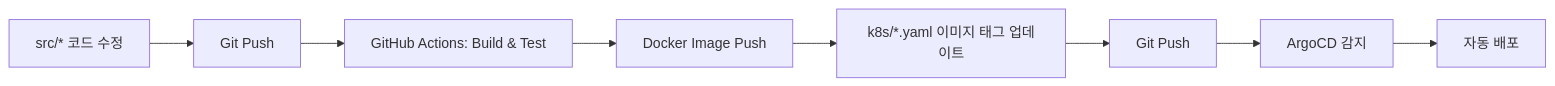
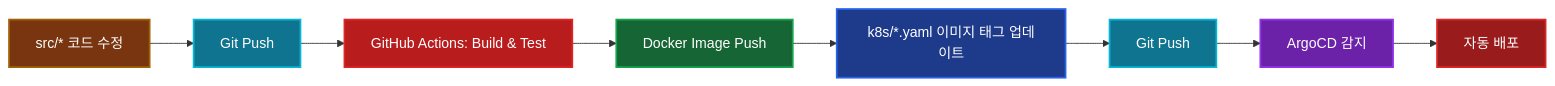
One commit to SeSACTHON/backend changed the fourth of 4 diagrams in docs/deployment/GITOPS_ARCHITECTURE.md. Above: the diagram before and after it, drawn with Mermaid. The commit also changed other lines of this file and 24 other files, not shown here.

````diff
--- a/docs/deployment/GITOPS_ARCHITECTURE.md
+++ b/docs/deployment/GITOPS_ARCHITECTURE.md
@@ -201,10 +417,19 @@
 ```mermaid
 graph LR
     A[src/* 코드 수정] --> B[Git Push]
     B --> C[GitHub Actions: Build & Test]
     C --> D[Docker Image Push]
     D --> E[k8s/*.yaml 이미지 태그 업데이트]
     E --> F[Git Push]
     F --> G[ArgoCD 감지]
     G --> H[자동 배포]
+    
+    style A fill:#78350f,stroke:#a16207,stroke-width:2px,color:#fff
+    style B fill:#0e7490,stroke:#06b6d4,stroke-width:2px,color:#fff
+    style C fill:#b91c1c,stroke:#dc2626,stroke-width:2px,color:#fff
+    style D fill:#166534,stroke:#16a34a,stroke-width:2px,color:#fff
+    style E fill:#1e3a8a,stroke:#2563eb,stroke-width:2px,color:#fff
+    style F fill:#0e7490,stroke:#06b6d4,stroke-width:2px,color:#fff
+    style G fill:#6b21a8,stroke:#9333ea,stroke-width:2px,color:#fff
+    style H fill:#991b1b,stroke:#dc2626,stroke-width:2px,color:#fff
 ```
````
